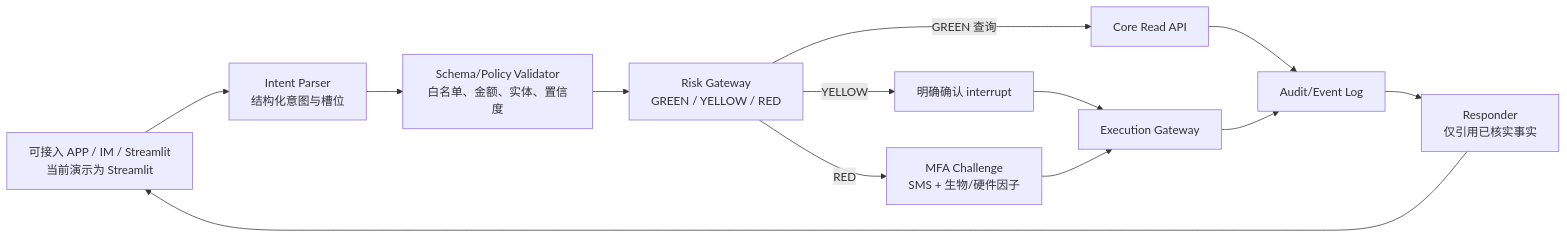
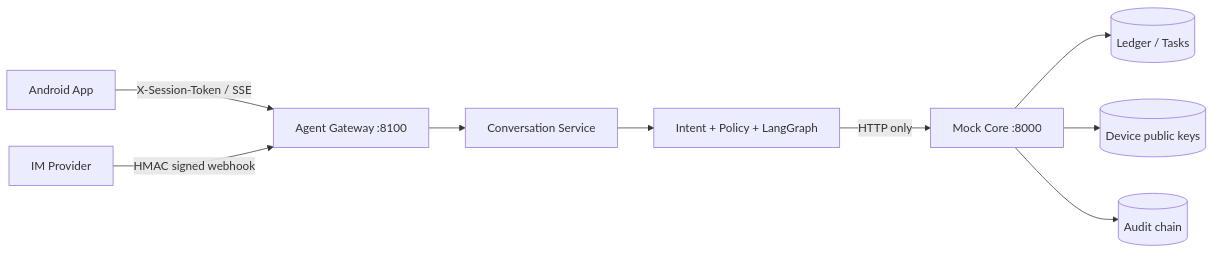
The first of 2 diagrams in docs/architecture.md (Zagadka-3906/ai-banking-agent), drawn with Mermaid before and after one commit. The commit also changed other lines of this file and 81 other files, not shown here.

````diff
--- a/docs/architecture.md
+++ b/docs/architecture.md
@@ -21,15 +16,11 @@
 ```mermaid
 flowchart LR
-    U[可接入 APP / IM / Streamlit\n当前演示为 Streamlit] --> P[Intent Parser\n结构化意图与槽位]
-    P --> V[Schema/Policy Validator\n白名单、金额、实体、置信度]
-    V --> R[Risk Gateway\nGREEN / YELLOW / RED]
-    R -->|GREEN 查询| Q[Core Read API]
-    R -->|YELLOW| C[明确确认 interrupt]
-    R -->|RED| M[MFA Challenge\nSMS + 生物/硬件因子]
-    C --> E[Execution Gateway]
-    M --> E
-    Q --> A[Audit/Event Log]
-    E --> A
-    A --> S[Responder\n仅引用已核实事实]
-    S --> U
+    A[Android App] -->|X-Session-Token / SSE| G[Agent Gateway :8100]
+    I[IM Provider] -->|HMAC signed webhook| G
+    G --> C[Conversation Service]
+    C --> P[Intent + Policy + LangGraph]
+    P -->|HTTP only| B[Mock Core :8000]
+    B --> L[(Ledger / Tasks)]
+    B --> D[(Device public keys)]
+    B --> U[(Audit chain)]
 ```
````
